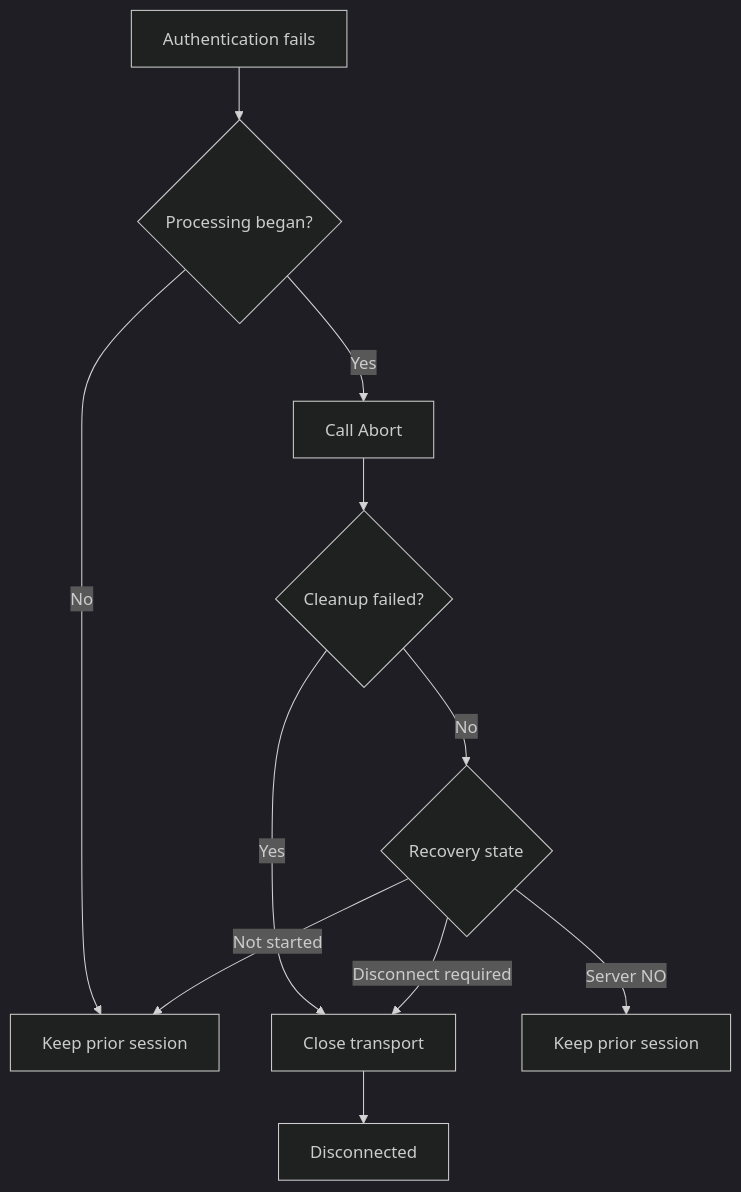
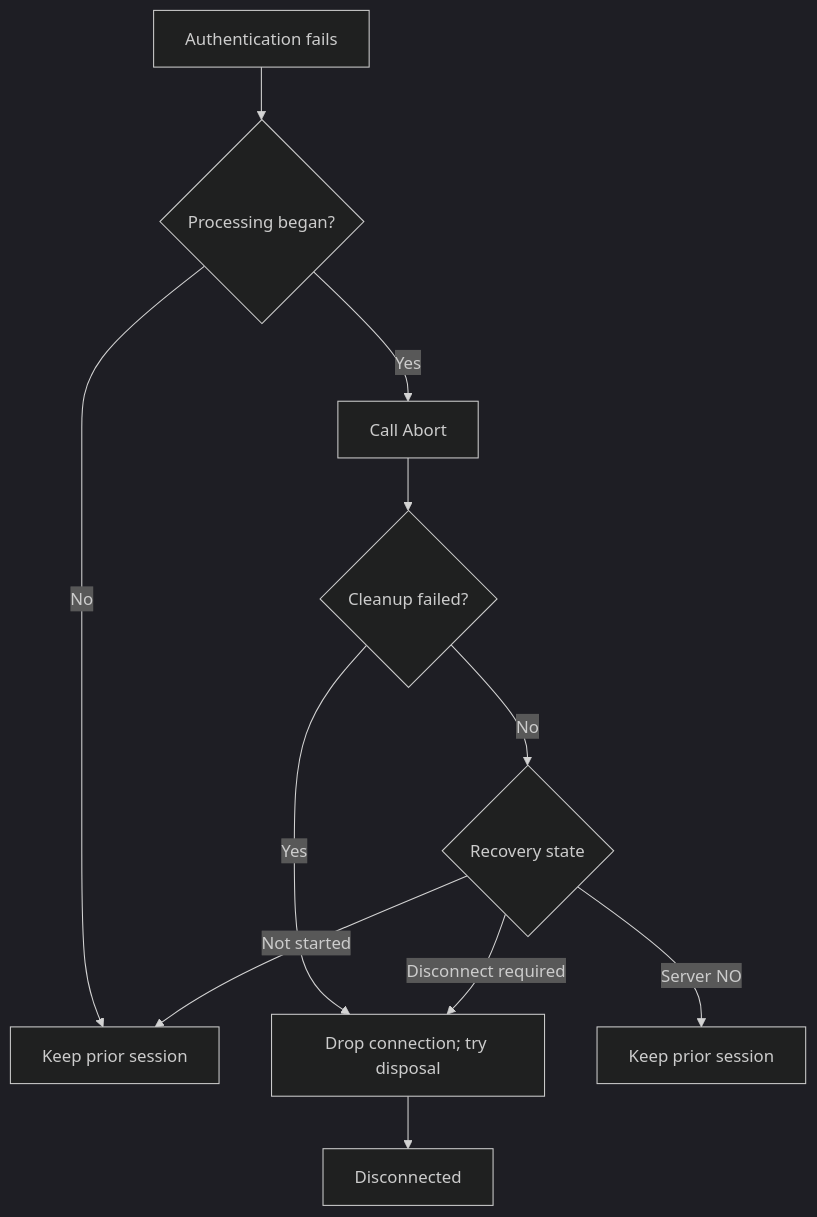
Before and after one commit to SeWieland/Transiever.ManageSieve: the second of 3 diagrams in docs/authentication.md, drawn with Mermaid (dark theme). The commit also changed other lines of this file and 2 other files, not shown here.

Commit message:
fix: reject unexpected SASL PLAIN final data

````diff
--- a/docs/authentication.md
+++ b/docs/authentication.md
@@ -71,13 +71,13 @@
 ```mermaid
 flowchart TD
     A[Authentication fails] --> B{Processing began?}
     B -->|Yes| C[Call Abort]
     B -->|No| D[Keep prior session]
     C --> E{Cleanup failed?}
-    E -->|Yes| F[Close transport]
+    E -->|Yes| F[Drop connection; try disposal]
     E -->|No| G{Recovery state}
     G -->|Not started| D
     G -->|Server NO| H[Keep prior session]
     G -->|Disconnect required| F
     F --> I[Disconnected]
 ```
````
